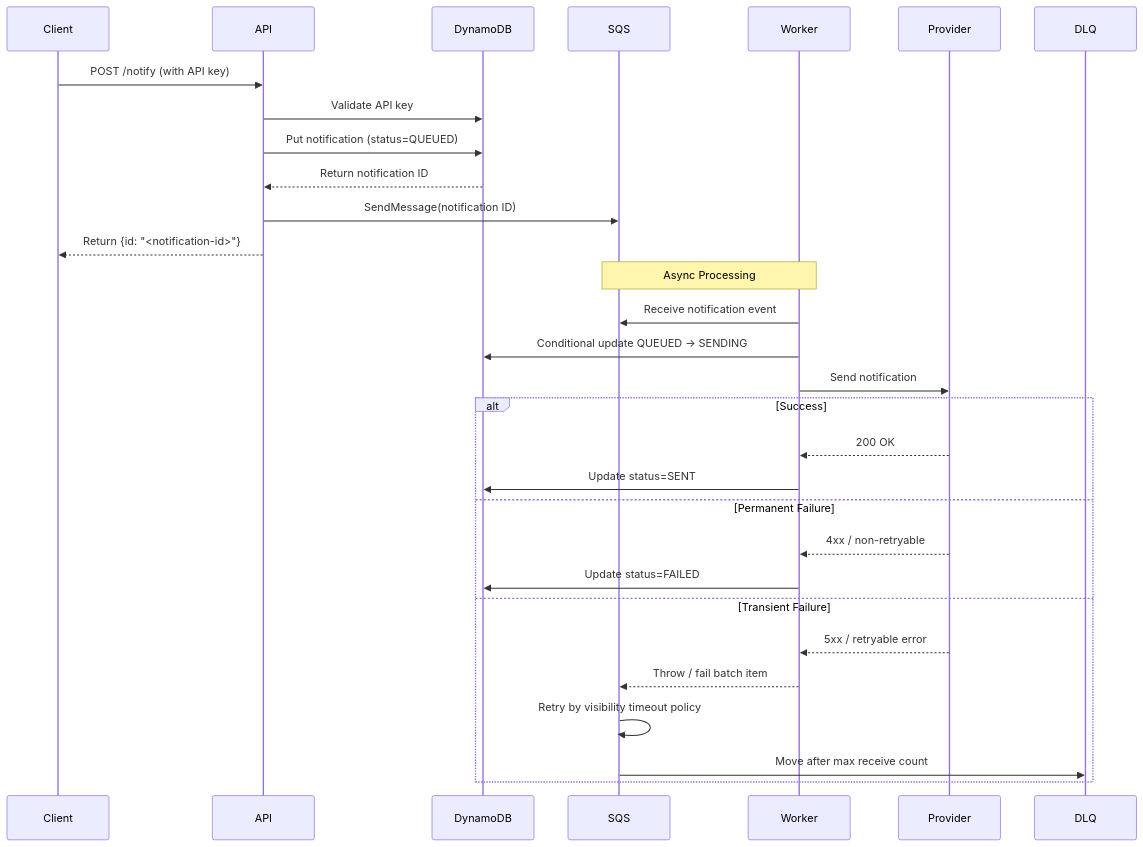
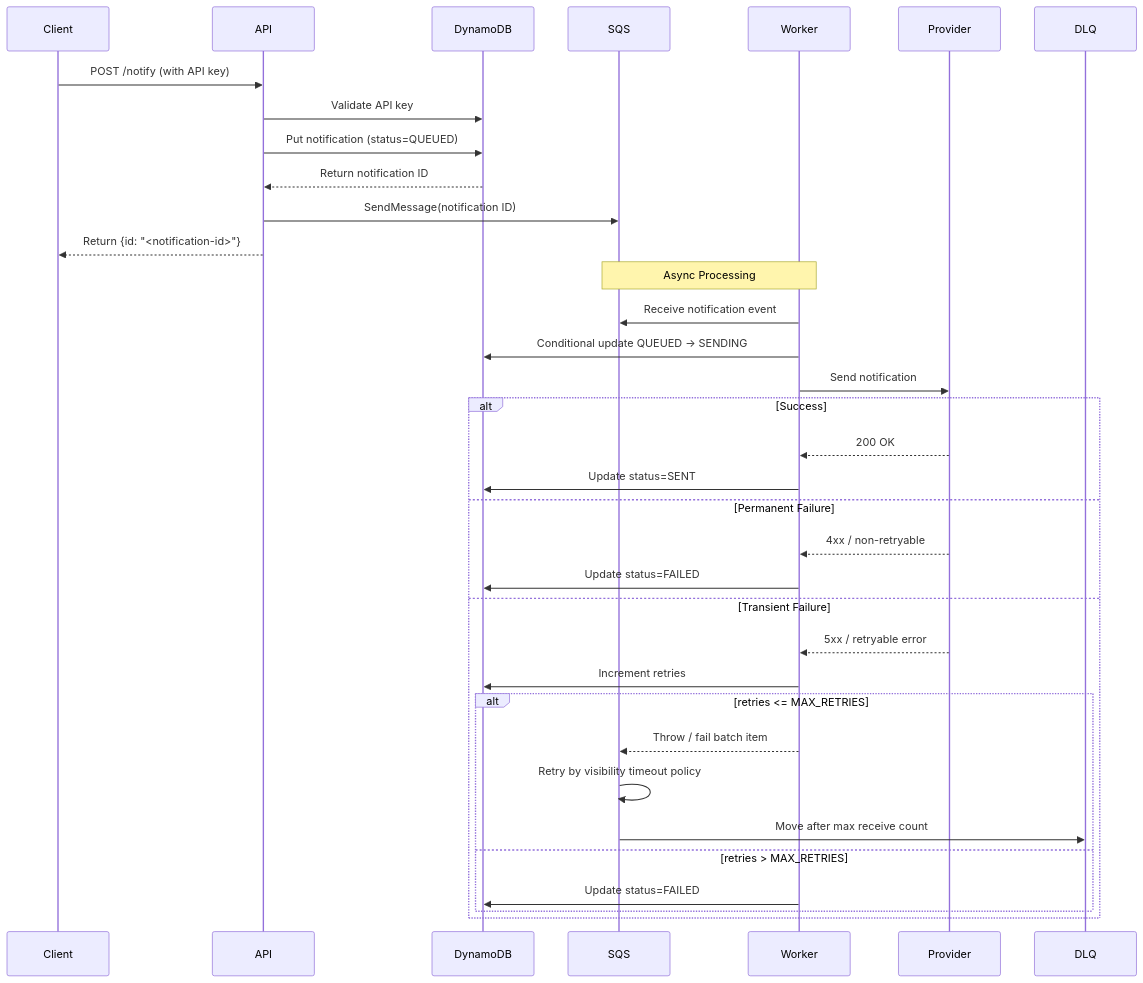
One commit to kofta999/notification-service changed the second of 2 diagrams in README.md. Above: the diagram before and after it, drawn with Mermaid. The commit also changed other lines of this file and 6 other files, not shown here.

````diff
--- a/README.md
+++ b/README.md
@@ -112,35 +112,40 @@
 ```mermaid
 sequenceDiagram
     participant C as Client
     participant A as API
     participant D as DynamoDB
     participant Q as SQS
     participant W as Worker
     participant P as Provider
 
     C->>A: POST /notify (with API key)
     A->>D: Validate API key
     A->>D: Put notification (status=QUEUED)
     D-->>A: Return notification ID
     A->>Q: SendMessage(notification ID)
     A-->>C: Return {id: "<notification-id>"}
 
     Note over Q,W: Async Processing
 
     W->>Q: Receive notification event
     W->>D: Conditional update QUEUED -> SENDING
     W->>P: Send notification
 
     alt Success
         P-->>W: 200 OK
         W->>D: Update status=SENT
     else Permanent Failure
         P-->>W: 4xx / non-retryable
         W->>D: Update status=FAILED
     else Transient Failure
         P-->>W: 5xx / retryable error
-        W-->>Q: Throw / fail batch item
-        Q->>Q: Retry by visibility timeout policy
-        Q->>DLQ: Move after max receive count
+        W->>D: Increment retries
+        alt retries <= MAX_RETRIES
+            W-->>Q: Throw / fail batch item
+            Q->>Q: Retry by visibility timeout policy
+            Q->>DLQ: Move after max receive count
+        else retries > MAX_RETRIES
+            W->>D: Update status=FAILED
+        end
     end
 ```
````
